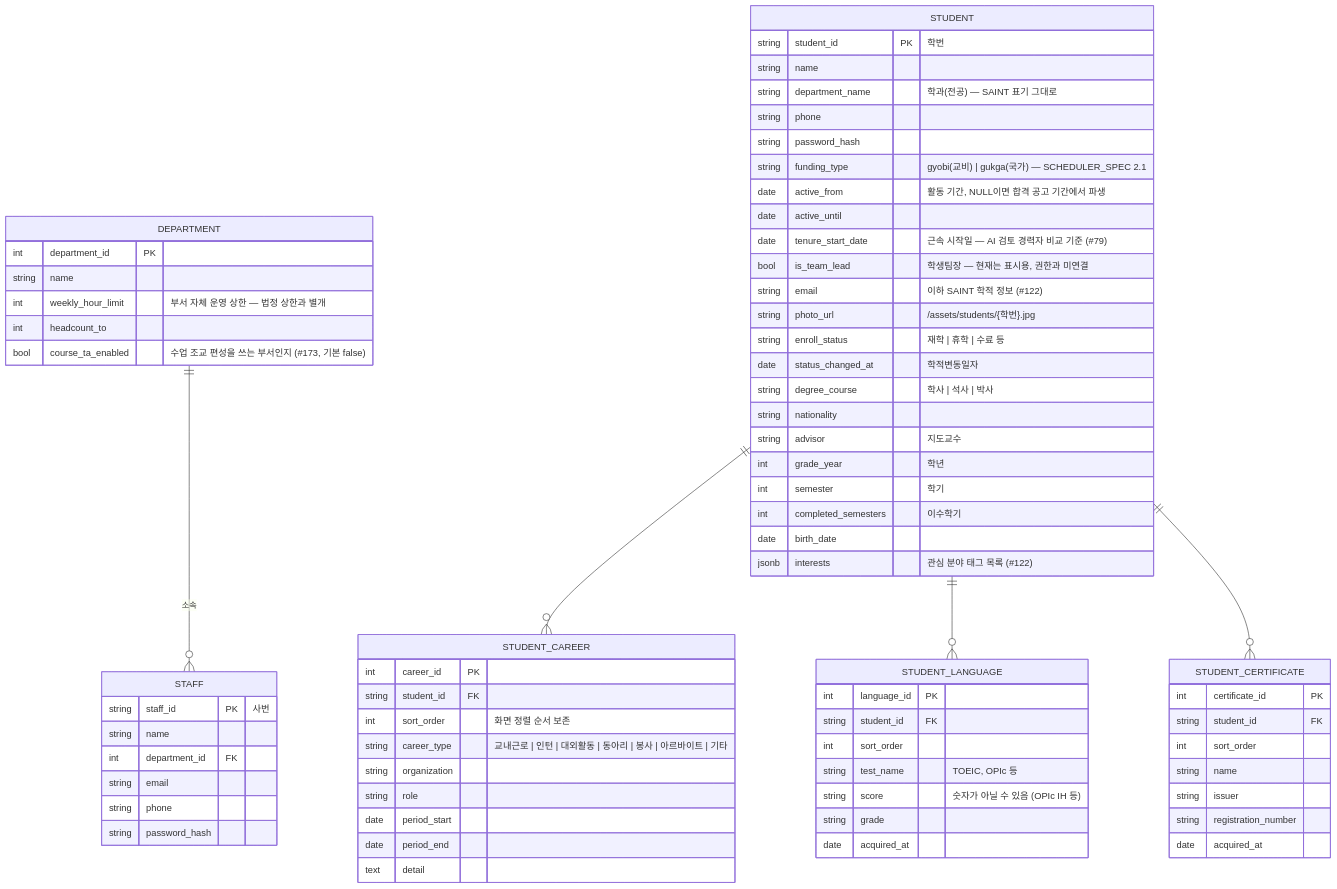
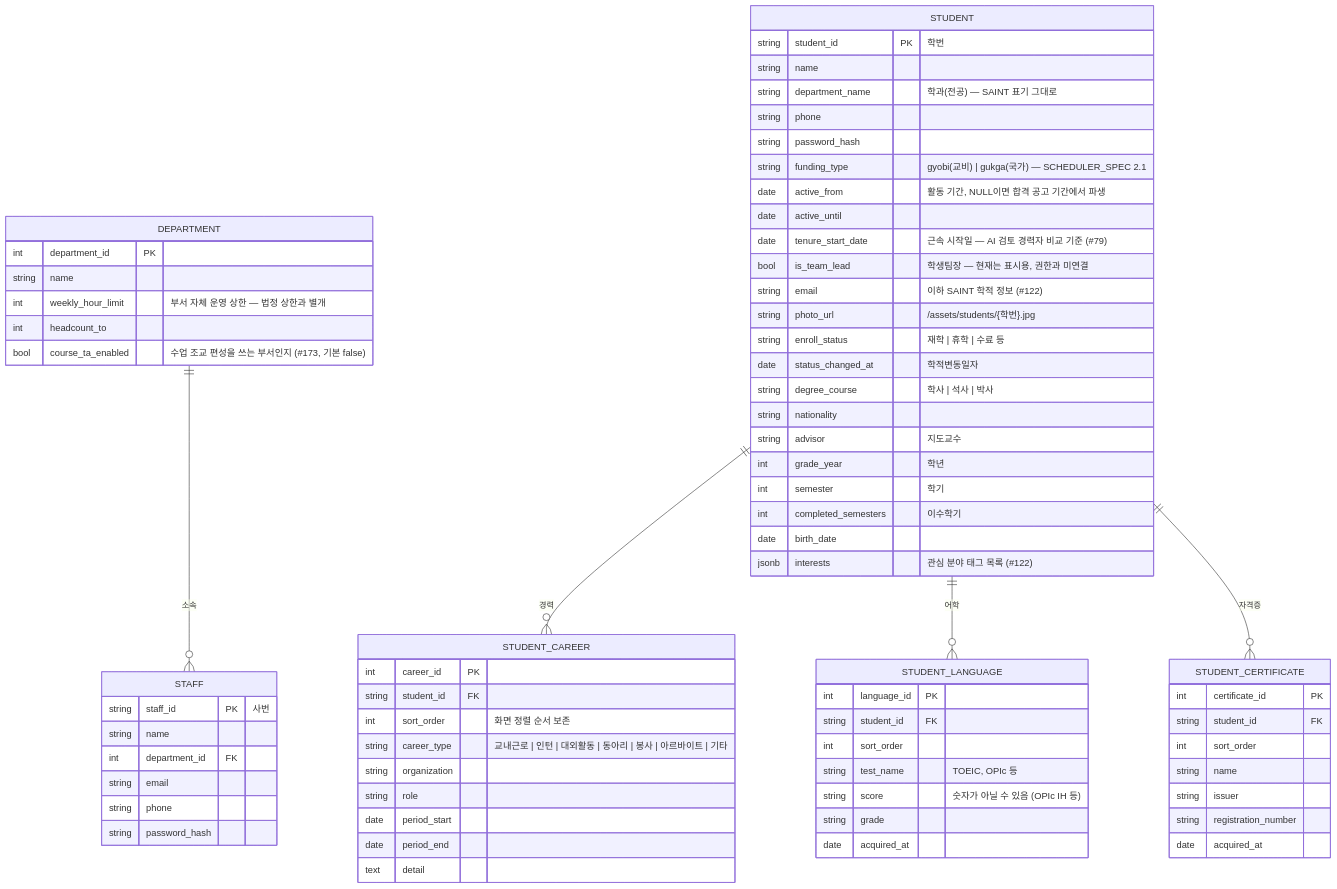
The second of 7 diagrams in docs/ERD.md (sg-beaver/stream), drawn with Mermaid before and after one commit. The commit also changed other lines of this file, not shown here.

Commit message:
docs(docs): ERD 도메인 다이어그램의 빈 관계 레이블 정리

````diff
--- a/docs/ERD.md
+++ b/docs/ERD.md
@@ -60,76 +60,76 @@
 ```mermaid
 erDiagram
     DEPARTMENT ||--o{ STAFF : "소속"
-    STUDENT ||--o{ STUDENT_CAREER : ""
-    STUDENT ||--o{ STUDENT_LANGUAGE : ""
-    STUDENT ||--o{ STUDENT_CERTIFICATE : ""
+    STUDENT ||--o{ STUDENT_CAREER : "경력"
+    STUDENT ||--o{ STUDENT_LANGUAGE : "어학"
+    STUDENT ||--o{ STUDENT_CERTIFICATE : "자격증"
 
     DEPARTMENT {
         int department_id PK
         string name
         int weekly_hour_limit "부서 자체 운영 상한 — 법정 상한과 별개"
         int headcount_to
         bool course_ta_enabled "수업 조교 편성을 쓰는 부서인지 (#173, 기본 false)"
     }
     STAFF {
         string staff_id PK "사번"
         string name
         int department_id FK
         string email
         string phone
         string password_hash
     }
     STUDENT {
         string student_id PK "학번"
         string name
         string department_name "학과(전공) — SAINT 표기 그대로"
         string phone
         string password_hash
         string funding_type "gyobi(교비) | gukga(국가) — SCHEDULER_SPEC 2.1"
         date active_from "활동 기간, NULL이면 합격 공고 기간에서 파생"
         date active_until
         date tenure_start_date "근속 시작일 — AI 검토 경력자 비교 기준 (#79)"
         bool is_team_lead "학생팀장 — 현재는 표시용, 권한과 미연결"
         string email "이하 SAINT 학적 정보 (#122)"
         string photo_url "/assets/students/{학번}.jpg"
         string enroll_status "재학 | 휴학 | 수료 등"
         date status_changed_at "학적변동일자"
         string degree_course "학사 | 석사 | 박사"
         string nationality
         string advisor "지도교수"
         int grade_year "학년"
         int semester "학기"
         int completed_semesters "이수학기"
         date birth_date
         jsonb interests "관심 분야 태그 목록 (#122)"
     }
     STUDENT_CAREER {
         int career_id PK
         string student_id FK
         int sort_order "화면 정렬 순서 보존"
         string career_type "교내근로 | 인턴 | 대외활동 | 동아리 | 봉사 | 아르바이트 | 기타"
         string organization
         string role
         date period_start
         date period_end
         text detail
     }
     STUDENT_LANGUAGE {
         int language_id PK
         string student_id FK
         int sort_order
         string test_name "TOEIC, OPIc 등"
         string score "숫자가 아닐 수 있음 (OPIc IH 등)"
         string grade
         date acquired_at
     }
     STUDENT_CERTIFICATE {
         int certificate_id PK
         string student_id FK
         int sort_order
         string name
         string issuer
         string registration_number
         date acquired_at
     }
 ```
````
